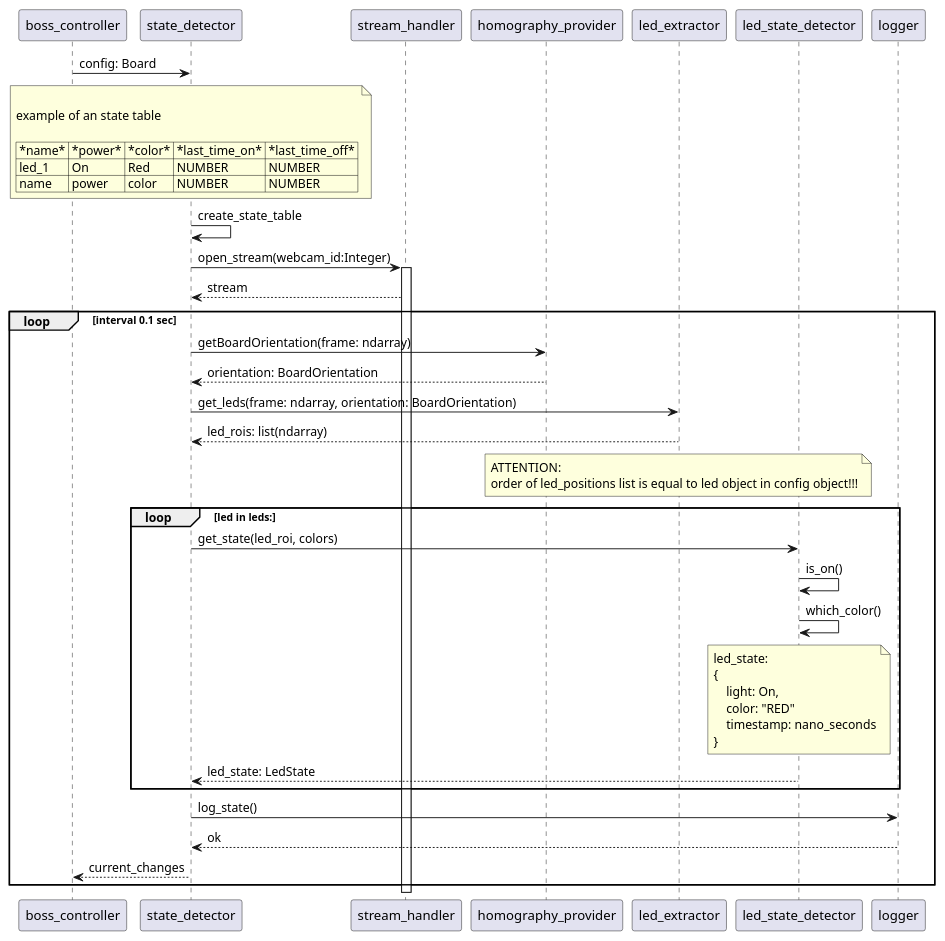
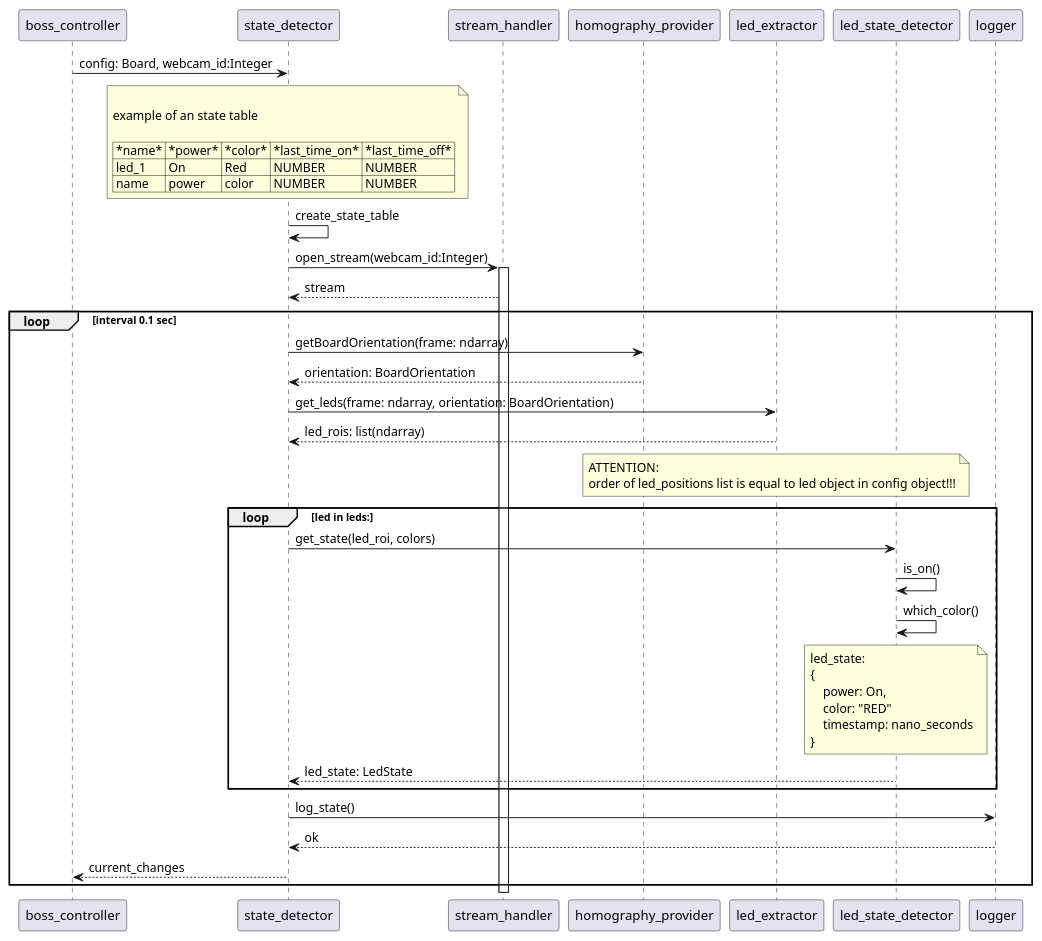
The diagram in docs/source/uml/State_Detector_Sequence.puml (SE-Projekt-LED-Detection/LED-Detection), drawn with PlantUML before and after one commit. The commit also changed 6 other files, not shown here.

Commit message:
feat: state detector, currently still with dummy power and color status

```diff
--- a/docs/source/uml/State_Detector_Sequence.puml
+++ b/docs/source/uml/State_Detector_Sequence.puml
@@ -1,45 +1,45 @@
 @startuml
-boss_controller -> state_detector: config: Board
+boss_controller -> state_detector: config: Board, webcam_id:Integer
 note over state_detector
 
      example of an state table
 
      | *name* | *power* | *color* | *last_time_on* | *last_time_off* |
      | led_1 | On | Red | NUMBER | NUMBER |
      | name | power | color | NUMBER | NUMBER |
 end note
 state_detector -> state_detector: create_state_table
 state_detector -> stream_handler: open_stream(webcam_id:Integer)
 activate stream_handler
 stream_handler --> state_detector: stream
 loop interval 0.1 sec
     state_detector -> homography_provider: getBoardOrientation(frame: ndarray)
     homography_provider --> state_detector: orientation: BoardOrientation
     state_detector -> led_extractor: get_leds(frame: ndarray, orientation: BoardOrientation)
-    led_extractor --> state_detector: led_rois: list(ndarray) 
+    led_extractor --> state_detector: led_rois: list(ndarray)
     note over led_extractor
         ATTENTION: 
         order of led_positions list is equal to led object in config object!!!
     end note
     loop led in leds:
         state_detector -> led_state_detector: get_state(led_roi, colors)
         led_state_detector -> led_state_detector: is_on()
         led_state_detector -> led_state_detector: which_color()
         note over led_state_detector
             led_state: 
             {
-                light: On,
+                power: On,
                 color: "RED"
                 timestamp: nano_seconds
             }
         end note
         led_state_detector --> state_detector: led_state: LedState
     end
     state_detector -> logger: log_state()
     logger --> state_detector: ok
     state_detector --> boss_controller: current_changes
 end
 
 
 
 @enduml
```
